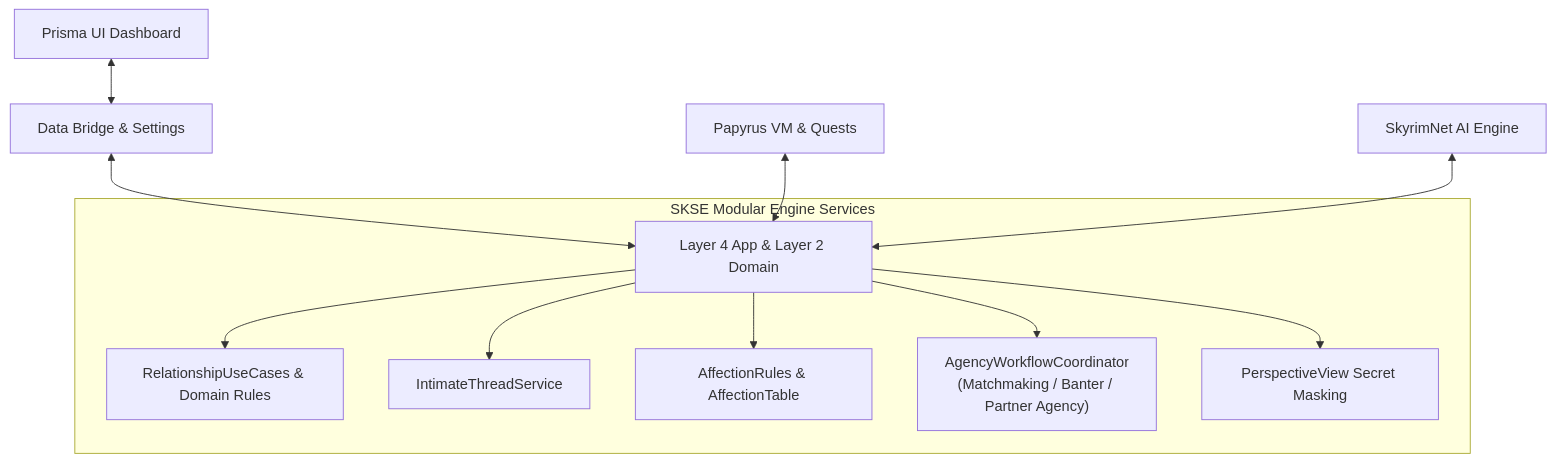
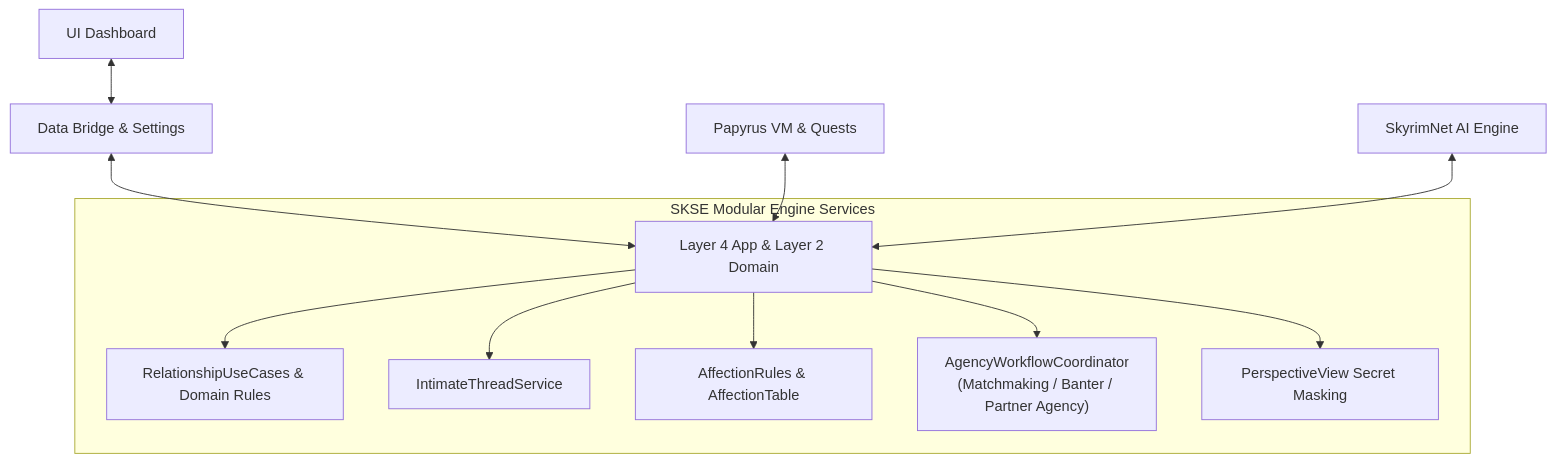
Before and after one commit to tetherball88/maras: the first of 3 diagrams in docs/modder/RELATIONSHIP_DYNAMICS_GUIDE.md, drawn with Mermaid. The commit also changed other lines of this file and 311 other files, not shown here.

````diff
--- a/docs/modder/RELATIONSHIP_DYNAMICS_GUIDE.md
+++ b/docs/modder/RELATIONSHIP_DYNAMICS_GUIDE.md
@@ -13,15 +13,15 @@
 ```mermaid
 graph TD
-    UI["Prisma UI Dashboard"] <--> Bridge["Data Bridge & Settings"]
+    UI["UI Dashboard"] <--> Bridge["Data Bridge & Settings"]
     Bridge <--> App["Layer 4 App & Layer 2 Domain"]
     Papyrus["Papyrus VM & Quests"] <--> App
     SNet["SkyrimNet AI Engine"] <--> App
 
     subgraph CoreSystems["SKSE Modular Engine Services"]
         App --> RelUseCases["RelationshipUseCases & Domain Rules"]
         App --> Intimate["IntimateThreadService"]
         App --> Affection["AffectionRules & AffectionTable"]
         App --> Agency["AgencyWorkflowCoordinator\n(Matchmaking / Banter / Partner Agency)"]
         App --> Perspective["PerspectiveView Secret Masking"]
     end
 ```
````
